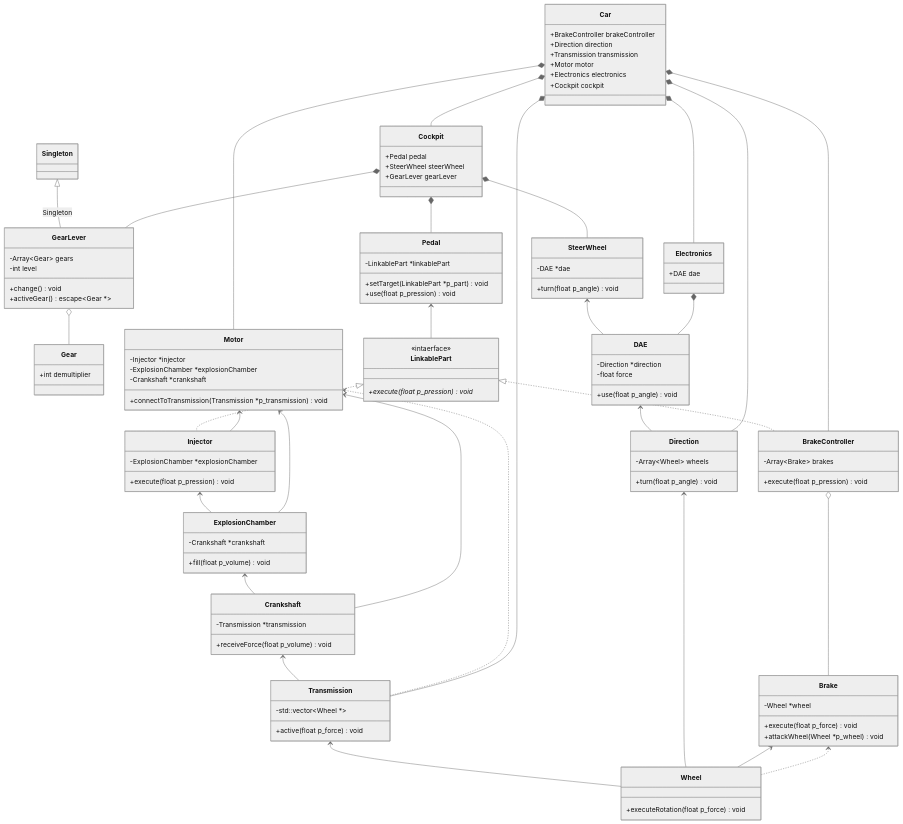
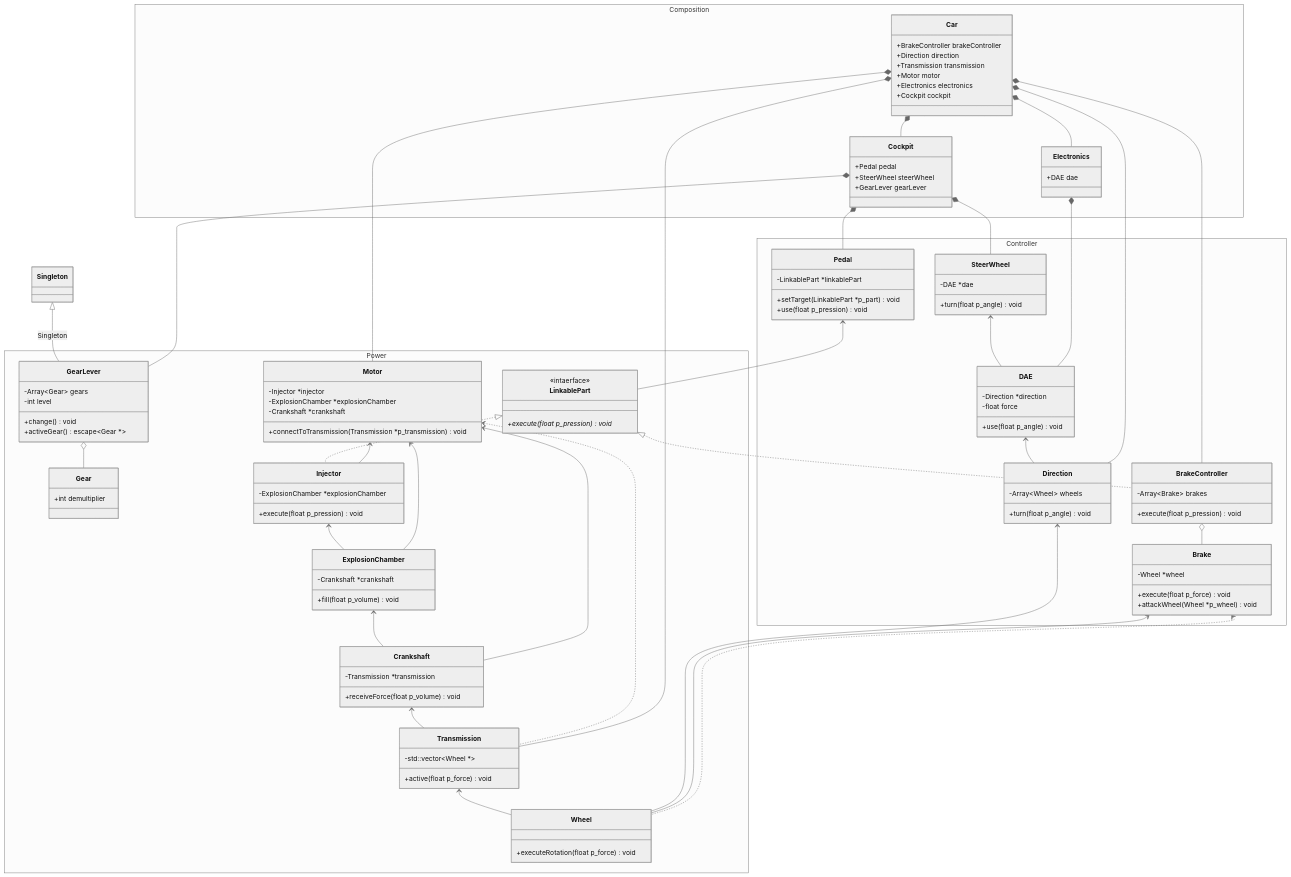
One commit to PalmNeko/piscine-object02-UML changed the diagram in subject.md. Above: the diagram before and after it, drawn with Mermaid (neutral theme).

Commit message:
add: relationship group

````diff
--- a/subject.md
+++ b/subject.md
@@ -2,6 +2,34 @@
 ```mermaid
 classDiagram
     direction TB
+
+
+    namespace Composition {
+        class Car
+        class Cockpit
+        class Electronics
+    }
+
+    namespace Controller {
+        class Pedal
+        class SteerWheel
+        class DAE
+        class Direction
+        class BrakeController
+        class Brake
+    }
+
+    namespace Power {
+        class Motor
+        class Wheel
+        class GearLever
+        class Gear
+        class Injector
+        class ExplosionChamber
+        class Crankshaft
+        class Transmission
+        class LinkablePart
+    }
 
     GearLever o-- Gear
 
````
